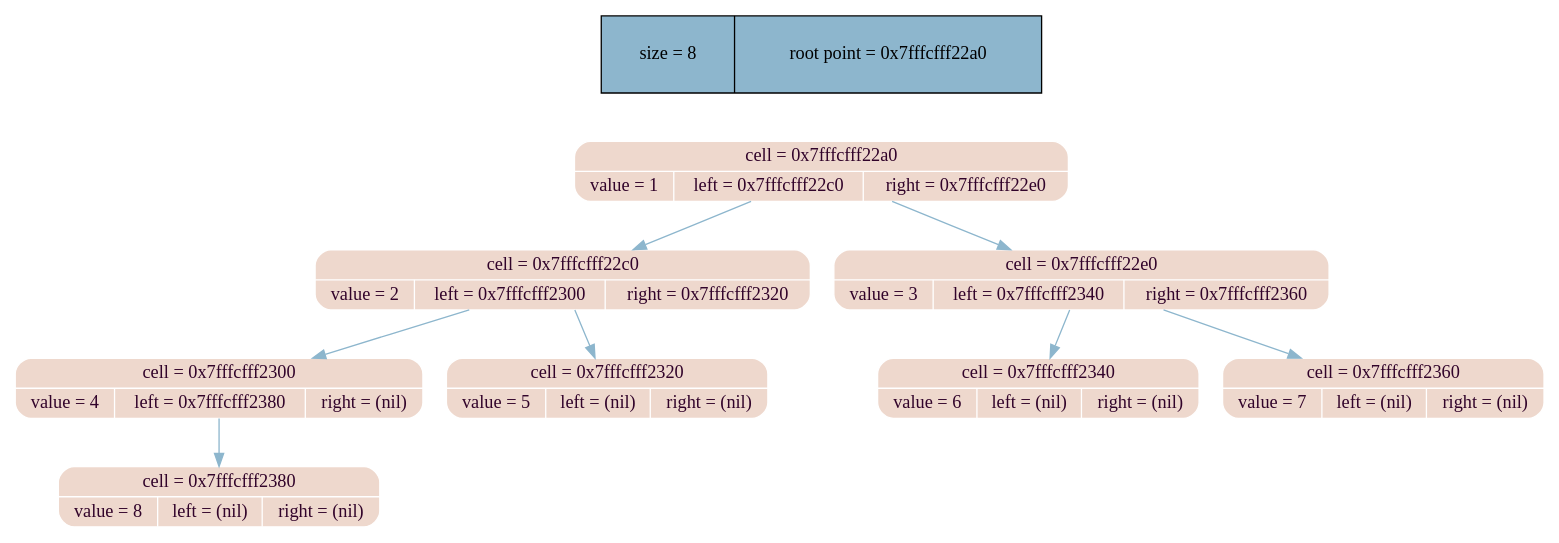
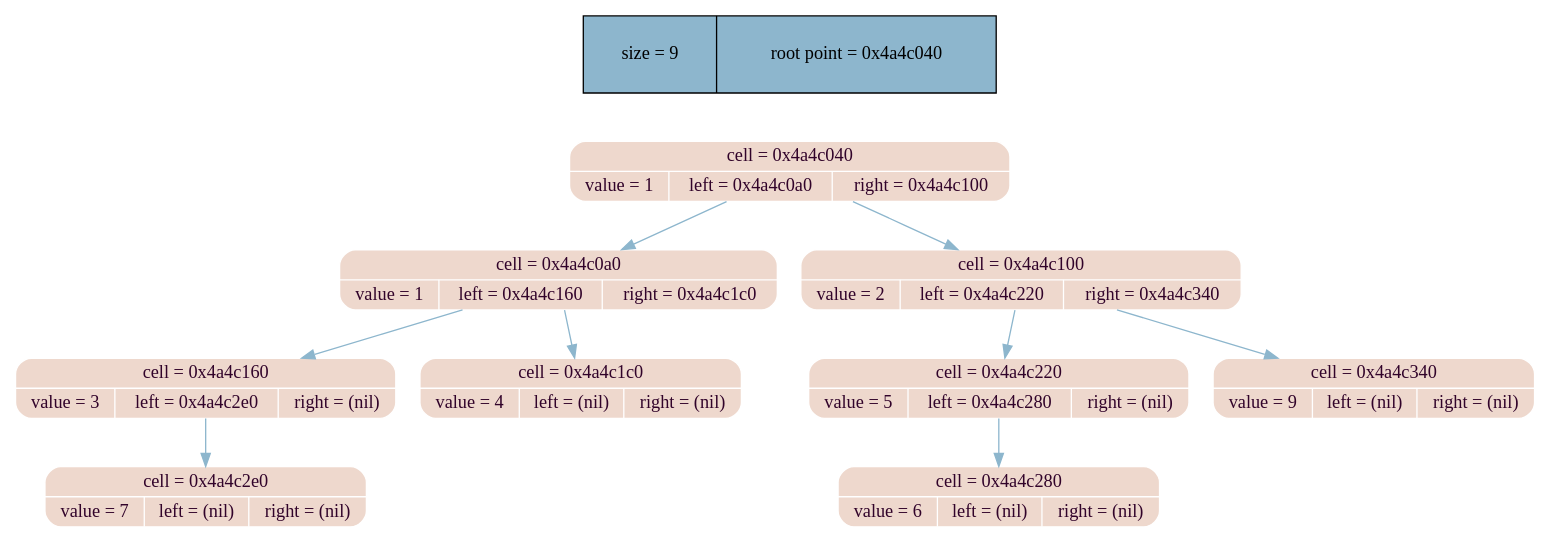
The diagram in dump_info/tree_dump.dot (MaxGroshev/tree), drawn with Graphviz before and after one commit. The commit also changed 12 other files, not shown here.

```diff
--- a/dump_info/tree_dump.dot
+++ b/dump_info/tree_dump.dot
@@ -1,24 +1,26 @@
 digraph   
 {
 rankdir = ""
 splines = "true"
 
-node_stat [margin = "0.3*0.3", style = "filled", shape = "record", fillcolor = "#8DB6CD" label = " size = 8 | root point = 0x7fffcfff22a0"]
+node_stat [margin = "0.3*0.3", style = "filled", shape = "record", fillcolor = "#8DB6CD" label = " size = 9 | root point = 0x4a4c040"]
 {rank = source; node_stat}
 
-node0x7fffcfff22a0 [shape = "Mrecord", fillcolor = "#eed8cd", style = "filled", fontcolor = "#31032A", fontname = "Calibri", color = "white", label = "{cell = 0x7fffcfff22a0\n | {value = 1 |left = 0x7fffcfff22c0 |right = 0x7fffcfff22e0}}"]
-node0x7fffcfff22a0 -> node0x7fffcfff22c0 [color = "#8DB6CD", style = "", constraint = true, fillcolor = "#8DB6CD",   fontcolor = "", fontname = "Calibri", label = ""];
-node0x7fffcfff22c0 [shape = "Mrecord", fillcolor = "#eed8cd", style = "filled", fontcolor = "#31032A", fontname = "Calibri", color = "white", label = "{cell = 0x7fffcfff22c0\n | {value = 2 |left = 0x7fffcfff2300 |right = 0x7fffcfff2320}}"]
-node0x7fffcfff22c0 -> node0x7fffcfff2300 [color = "#8DB6CD", style = "", constraint = true, fillcolor = "#8DB6CD",   fontcolor = "", fontname = "Calibri", label = ""];
-node0x7fffcfff2300 [shape = "Mrecord", fillcolor = "#eed8cd", style = "filled", fontcolor = "#31032A", fontname = "Calibri", color = "white", label = "{cell = 0x7fffcfff2300\n | {value = 4 |left = 0x7fffcfff2380 |right = (nil)}}"]
-node0x7fffcfff2300 -> node0x7fffcfff2380 [color = "#8DB6CD", style = "", constraint = true, fillcolor = "#8DB6CD",   fontcolor = "", fontname = "Calibri", label = ""];
-node0x7fffcfff2380 [shape = "Mrecord", fillcolor = "#eed8cd", style = "filled", fontcolor = "#31032A", fontname = "Calibri", color = "white", label = "{cell = 0x7fffcfff2380\n | {value = 8 |left = (nil) |right = (nil)}}"]
-node0x7fffcfff22c0 -> node0x7fffcfff2320 [color = "#8DB6CD", style = "", constraint = true, fillcolor = "#8DB6CD",   fontcolor = "", fontname = "Calibri", label = ""];
-node0x7fffcfff2320 [shape = "Mrecord", fillcolor = "#eed8cd", style = "filled", fontcolor = "#31032A", fontname = "Calibri", color = "white", label = "{cell = 0x7fffcfff2320\n | {value = 5 |left = (nil) |right = (nil)}}"]
-node0x7fffcfff22a0 -> node0x7fffcfff22e0 [color = "#8DB6CD", style = "", constraint = true, fillcolor = "#8DB6CD",   fontcolor = "", fontname = "Calibri", label = ""];
-node0x7fffcfff22e0 [shape = "Mrecord", fillcolor = "#eed8cd", style = "filled", fontcolor = "#31032A", fontname = "Calibri", color = "white", label = "{cell = 0x7fffcfff22e0\n | {value = 3 |left = 0x7fffcfff2340 |right = 0x7fffcfff2360}}"]
-node0x7fffcfff22e0 -> node0x7fffcfff2340 [color = "#8DB6CD", style = "", constraint = true, fillcolor = "#8DB6CD",   fontcolor = "", fontname = "Calibri", label = ""];
-node0x7fffcfff2340 [shape = "Mrecord", fillcolor = "#eed8cd", style = "filled", fontcolor = "#31032A", fontname = "Calibri", color = "white", label = "{cell = 0x7fffcfff2340\n | {value = 6 |left = (nil) |right = (nil)}}"]
-node0x7fffcfff22e0 -> node0x7fffcfff2360 [color = "#8DB6CD", style = "", constraint = true, fillcolor = "#8DB6CD",   fontcolor = "", fontname = "Calibri", label = ""];
-node0x7fffcfff2360 [shape = "Mrecord", fillcolor = "#eed8cd", style = "filled", fontcolor = "#31032A", fontname = "Calibri", color = "white", label = "{cell = 0x7fffcfff2360\n | {value = 7 |left = (nil) |right = (nil)}}"]
+node0x4a4c040 [shape = "Mrecord", fillcolor = "#eed8cd", style = "filled", fontcolor = "#31032A", fontname = "Calibri", color = "white", label = "{cell = 0x4a4c040\n | {value = 1 |left = 0x4a4c0a0 |right = 0x4a4c100}}"]
+node0x4a4c040 -> node0x4a4c0a0 [color = "#8DB6CD", style = "", constraint = true, fillcolor = "#8DB6CD",   fontcolor = "", fontname = "Calibri", label = ""];
+node0x4a4c0a0 [shape = "Mrecord", fillcolor = "#eed8cd", style = "filled", fontcolor = "#31032A", fontname = "Calibri", color = "white", label = "{cell = 0x4a4c0a0\n | {value = 1 |left = 0x4a4c160 |right = 0x4a4c1c0}}"]
+node0x4a4c0a0 -> node0x4a4c160 [color = "#8DB6CD", style = "", constraint = true, fillcolor = "#8DB6CD",   fontcolor = "", fontname = "Calibri", label = ""];
+node0x4a4c160 [shape = "Mrecord", fillcolor = "#eed8cd", style = "filled", fontcolor = "#31032A", fontname = "Calibri", color = "white", label = "{cell = 0x4a4c160\n | {value = 3 |left = 0x4a4c2e0 |right = (nil)}}"]
+node0x4a4c160 -> node0x4a4c2e0 [color = "#8DB6CD", style = "", constraint = true, fillcolor = "#8DB6CD",   fontcolor = "", fontname = "Calibri", label = ""];
+node0x4a4c2e0 [shape = "Mrecord", fillcolor = "#eed8cd", style = "filled", fontcolor = "#31032A", fontname = "Calibri", color = "white", label = "{cell = 0x4a4c2e0\n | {value = 7 |left = (nil) |right = (nil)}}"]
+node0x4a4c0a0 -> node0x4a4c1c0 [color = "#8DB6CD", style = "", constraint = true, fillcolor = "#8DB6CD",   fontcolor = "", fontname = "Calibri", label = ""];
+node0x4a4c1c0 [shape = "Mrecord", fillcolor = "#eed8cd", style = "filled", fontcolor = "#31032A", fontname = "Calibri", color = "white", label = "{cell = 0x4a4c1c0\n | {value = 4 |left = (nil) |right = (nil)}}"]
+node0x4a4c040 -> node0x4a4c100 [color = "#8DB6CD", style = "", constraint = true, fillcolor = "#8DB6CD",   fontcolor = "", fontname = "Calibri", label = ""];
+node0x4a4c100 [shape = "Mrecord", fillcolor = "#eed8cd", style = "filled", fontcolor = "#31032A", fontname = "Calibri", color = "white", label = "{cell = 0x4a4c100\n | {value = 2 |left = 0x4a4c220 |right = 0x4a4c340}}"]
+node0x4a4c100 -> node0x4a4c220 [color = "#8DB6CD", style = "", constraint = true, fillcolor = "#8DB6CD",   fontcolor = "", fontname = "Calibri", label = ""];
+node0x4a4c220 [shape = "Mrecord", fillcolor = "#eed8cd", style = "filled", fontcolor = "#31032A", fontname = "Calibri", color = "white", label = "{cell = 0x4a4c220\n | {value = 5 |left = 0x4a4c280 |right = (nil)}}"]
+node0x4a4c220 -> node0x4a4c280 [color = "#8DB6CD", style = "", constraint = true, fillcolor = "#8DB6CD",   fontcolor = "", fontname = "Calibri", label = ""];
+node0x4a4c280 [shape = "Mrecord", fillcolor = "#eed8cd", style = "filled", fontcolor = "#31032A", fontname = "Calibri", color = "white", label = "{cell = 0x4a4c280\n | {value = 6 |left = (nil) |right = (nil)}}"]
+node0x4a4c100 -> node0x4a4c340 [color = "#8DB6CD", style = "", constraint = true, fillcolor = "#8DB6CD",   fontcolor = "", fontname = "Calibri", label = ""];
+node0x4a4c340 [shape = "Mrecord", fillcolor = "#eed8cd", style = "filled", fontcolor = "#31032A", fontname = "Calibri", color = "white", label = "{cell = 0x4a4c340\n | {value = 9 |left = (nil) |right = (nil)}}"]
 }
```
